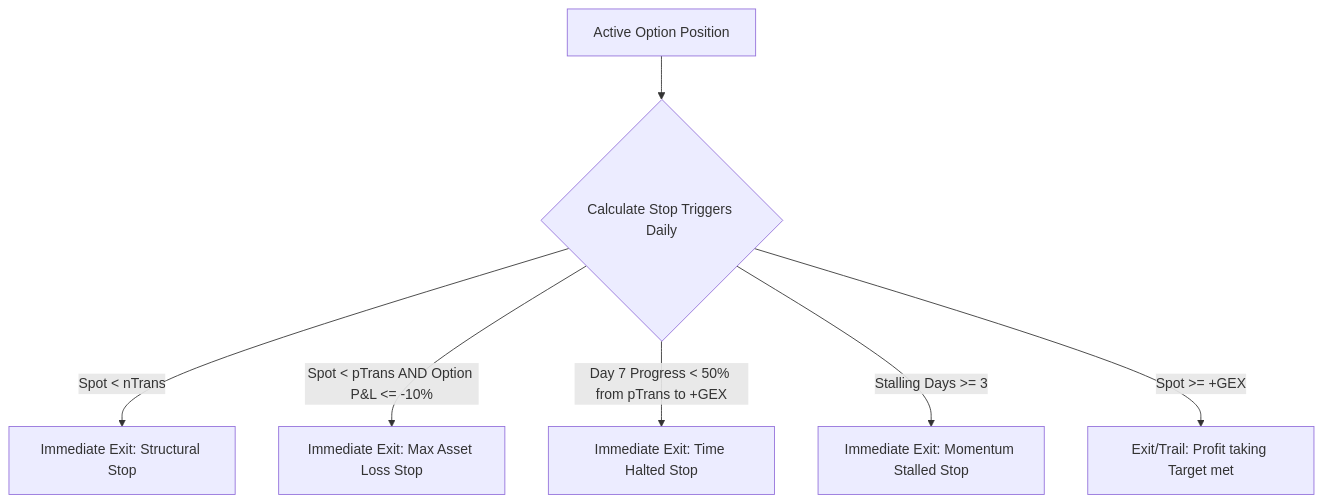
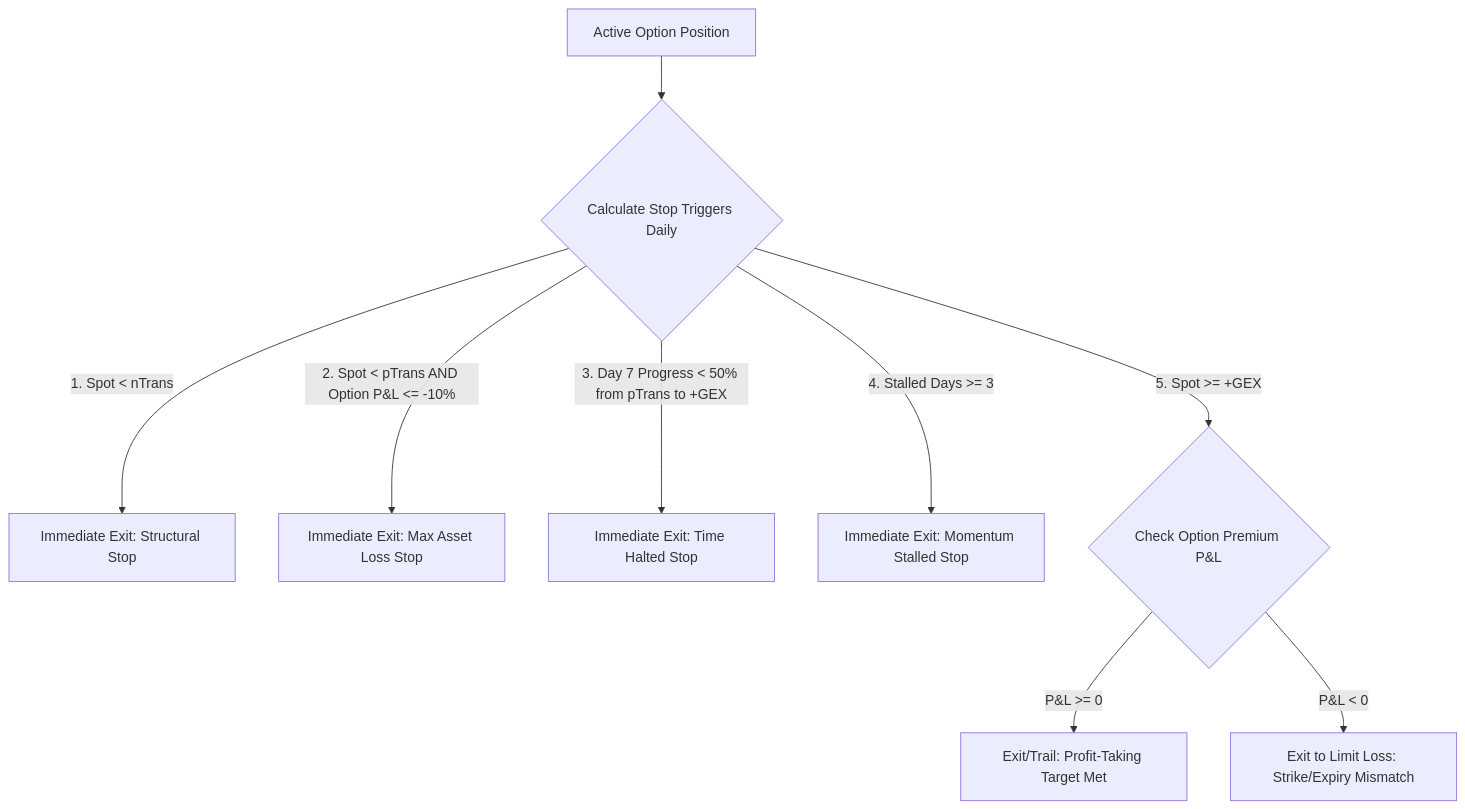
One commit to Aymeric/wip changed the fourth of 4 diagrams in README.md. Above: the diagram before and after it, drawn with Mermaid. The commit also changed other lines of this file and 31 other files, not shown here.

````diff
--- a/README.md
+++ b/README.md
@@ -221,9 +301,11 @@
 ```mermaid
 graph TD
     A[Active Option Position] --> B{Calculate Stop Triggers Daily}
-    B -->|Spot < nTrans| C[Immediate Exit: Structural Stop]
-    B -->|Spot < pTrans AND Option P&L <= -10%| D[Immediate Exit: Max Asset Loss Stop]
-    B -->|Day 7 Progress < 50% from pTrans to +GEX| E[Immediate Exit: Time Halted Stop]
-    B -->|Stalling Days >= 3| F[Immediate Exit: Momentum Stalled Stop]
-    B -->|Spot >= +GEX| G[Exit/Trail: Profit taking Target met]
+    B -->|1. Spot < nTrans| C[Immediate Exit: Structural Stop]
+    B -->|2. Spot < pTrans AND Option P&L <= -10%| D[Immediate Exit: Max Asset Loss Stop]
+    B -->|3. Day 7 Progress < 50% from pTrans to +GEX| E[Immediate Exit: Time Halted Stop]
+    B -->|4. Stalled Days >= 3| F[Immediate Exit: Momentum Stalled Stop]
+    B -->|5. Spot >= +GEX| G{Check Option Premium P&L}
+    G -->|P&L >= 0| H[Exit/Trail: Profit-Taking Target Met]
+    G -->|P&L < 0| I[Exit to Limit Loss: Strike/Expiry Mismatch]
 ```
````
